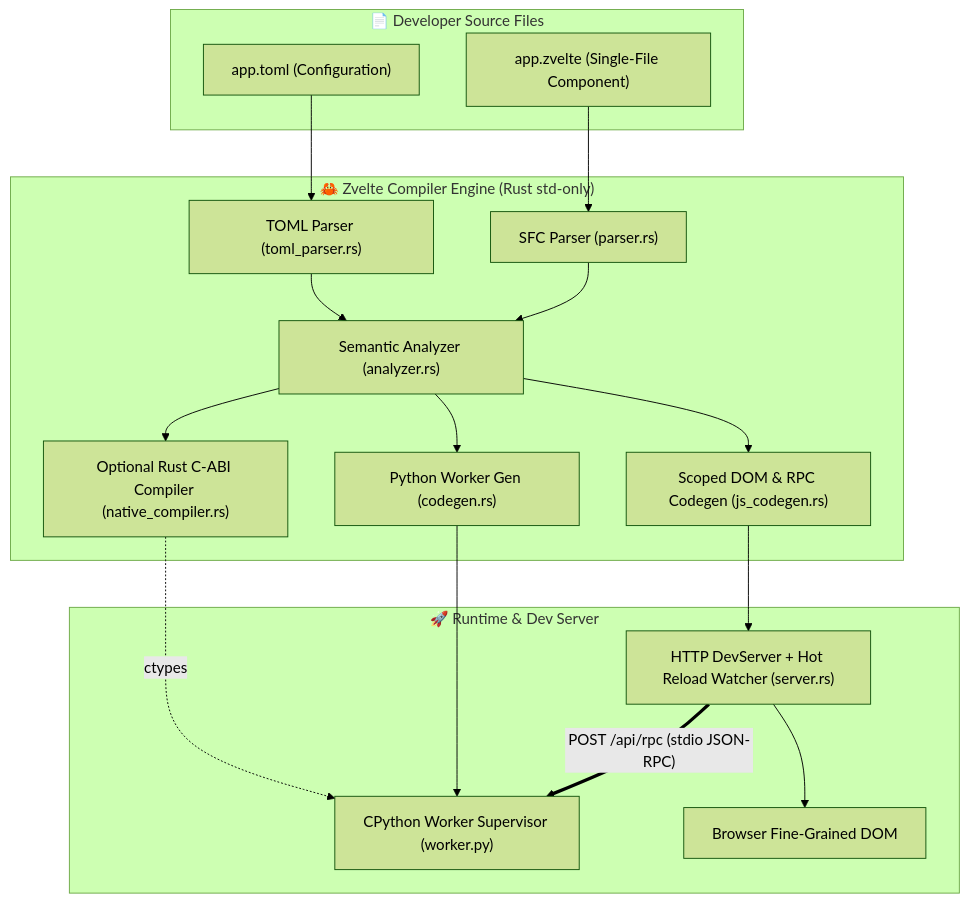
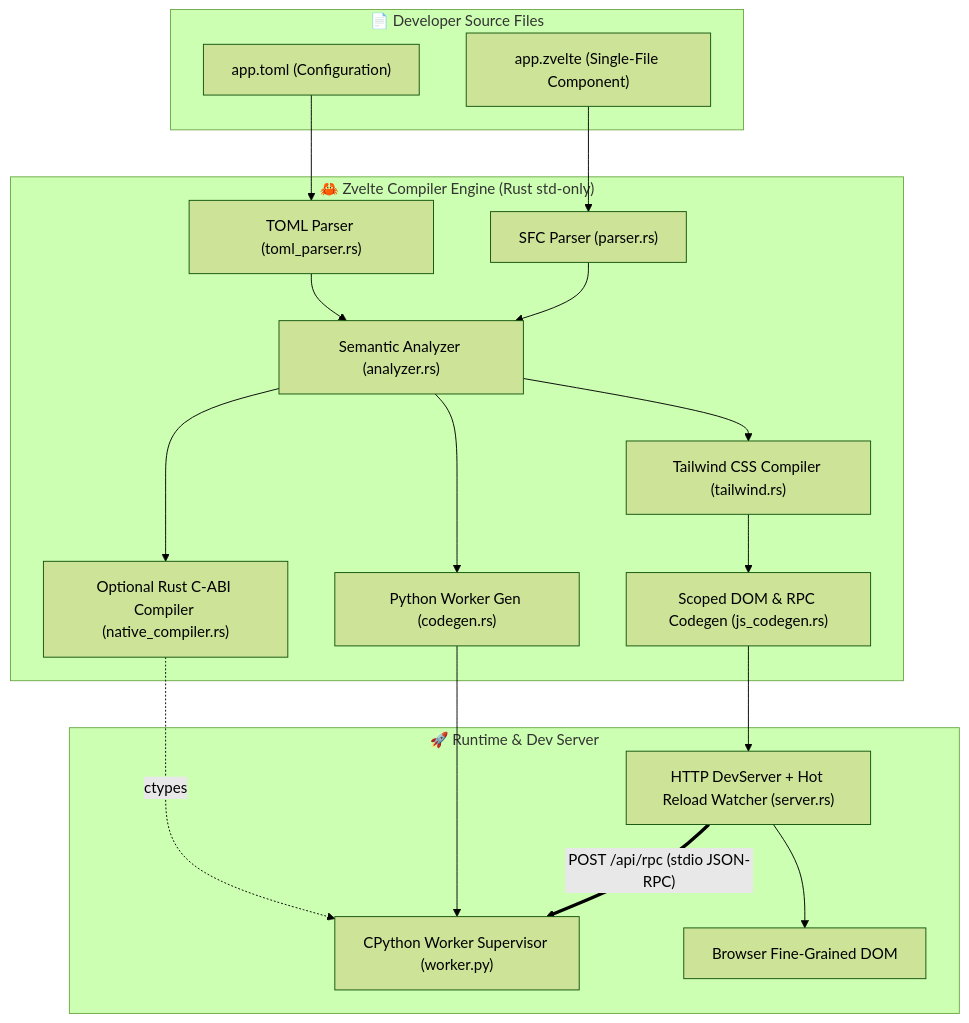
One commit to babar-xagi/Zvelte changed the diagram in docs/ARCHITECTURE.md. Above: the diagram before and after it, drawn with Mermaid (forest theme). The commit also changed 23 other files, not shown here.

Commit message:
feat(tailwind): release v0.0.7 with built-in zero-dependency Tailwind CSS engine

````diff
--- a/docs/ARCHITECTURE.md
+++ b/docs/ARCHITECTURE.md
@@ -14,32 +14,33 @@
 ```mermaid
 flowchart TD
     subgraph Inputs["📄 Developer Source Files"]
         TOML["app.toml (Configuration)"]
         SFC["app.zvelte (Single-File Component)"]
     end
 
     subgraph Core["🦀 Zvelte Compiler Engine (Rust std-only)"]
         CFG["TOML Parser (toml_parser.rs)"]
         PAR["SFC Parser (parser.rs)"]
         SEM["Semantic Analyzer (analyzer.rs)"]
         JSGEN["Scoped DOM & RPC Codegen (js_codegen.rs)"]
+        TW["Tailwind CSS Compiler (tailwind.rs)"]
         PYGEN["Python Worker Gen (codegen.rs)"]
         NAT["Optional Rust C-ABI Compiler (native_compiler.rs)"]
     end
 
     subgraph Runtime["🚀 Runtime & Dev Server"]
         DEV["HTTP DevServer + Hot Reload Watcher (server.rs)"]
         PY["CPython Worker Supervisor (worker.py)"]
         DOM["Browser Fine-Grained DOM"]
     end
 
     TOML --> CFG --> SEM
     SFC --> PAR --> SEM
-    SEM --> JSGEN
+    SEM --> TW --> JSGEN
     SEM --> PYGEN
     SEM --> NAT
     NAT -. ctypes .-> PY
     JSGEN --> DEV --> DOM
     PYGEN --> PY
     DEV == "POST /api/rpc (stdio JSON-RPC)" ==> PY
 ```
````
